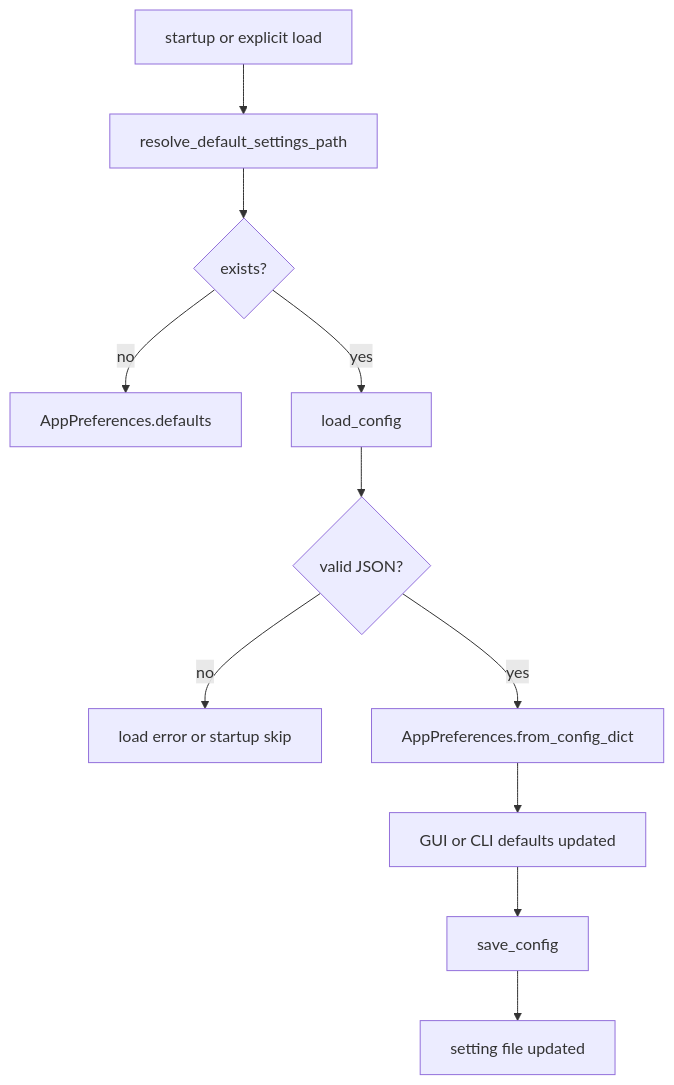
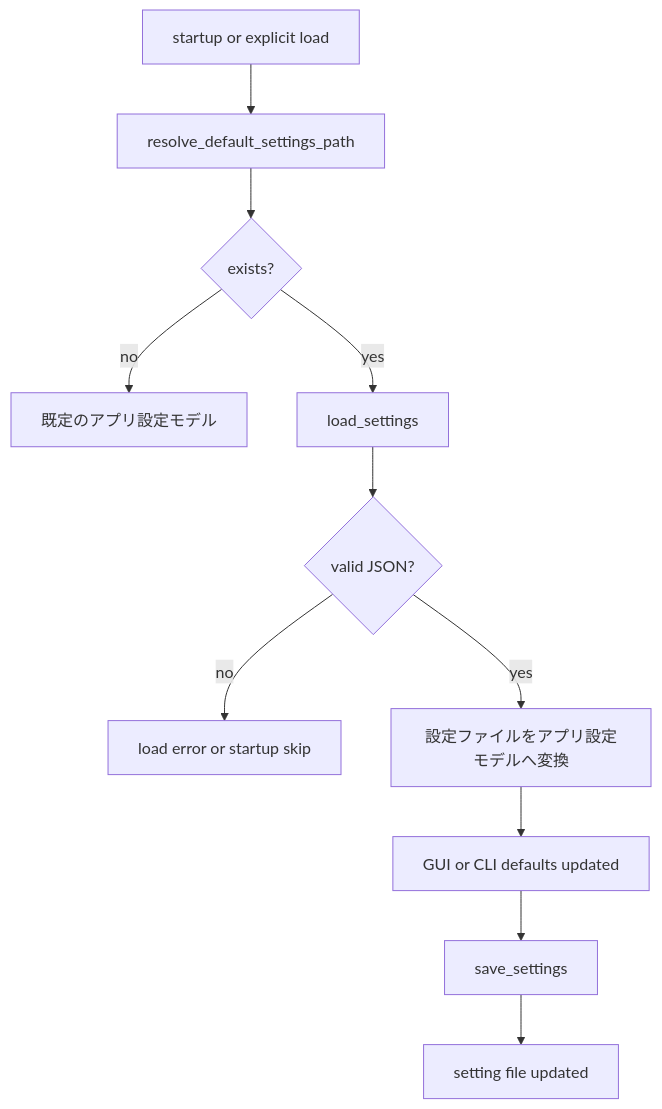
One commit to oggy8021/Harite changed the third of 3 diagrams in docs/specs/core/harite-core-spec.md. Above: the diagram before and after it, drawn with Mermaid. The commit also changed other lines of this file and 21 other files, not shown here.

First line of the commit message:
config preferences を Settings に揃える (#308)

````diff
--- a/docs/specs/core/harite-core-spec.md
+++ b/docs/specs/core/harite-core-spec.md
@@ -241,13 +241,13 @@
 ```mermaid
 flowchart TD
     A[startup or explicit load] --> B[resolve_default_settings_path]
     B --> C{exists?}
-    C -- no --> D[AppPreferences.defaults]
-    C -- yes --> E[load_config]
+    C -- no --> D[既定のアプリ設定モデル]
+    C -- yes --> E[load_settings]
     E --> F{valid JSON?}
     F -- no --> Z[load error or startup skip]
-    F -- yes --> G[AppPreferences.from_config_dict]
+    F -- yes --> G[設定ファイルをアプリ設定モデルへ変換]
     G --> H[GUI or CLI defaults updated]
-    H --> I[save_config]
+    H --> I[save_settings]
     I --> J[setting file updated]
 ```
````
